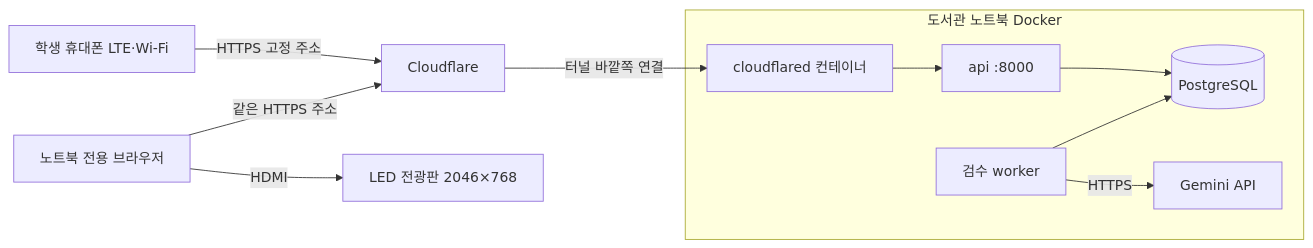
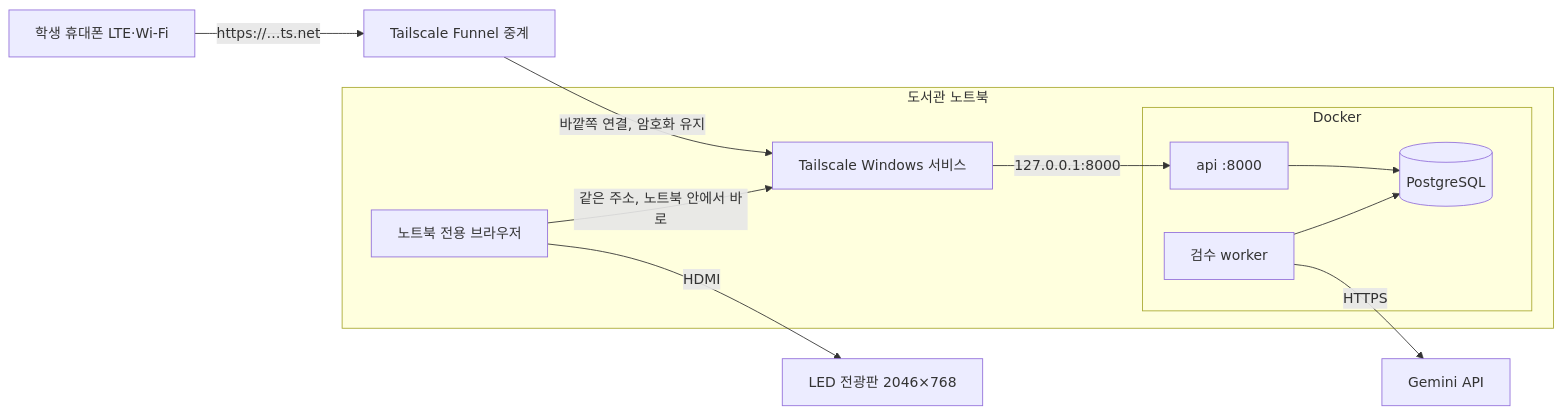
The diagram in docs/library-laptop-operation.md (eouleoul827/moodwall), drawn with Mermaid before and after one commit. The commit also changed other lines of this file and 7 other files, not shown here.

First line of the commit message:
feat: publish the library laptop through Tailscale Funnel instead of a Cloudflare tunnel

````diff
--- a/docs/library-laptop-operation.md
+++ b/docs/library-laptop-operation.md
@@ -41,13 +44,15 @@
 ```mermaid
 flowchart LR
-  Phone[학생 휴대폰 LTE·Wi-Fi] -->|HTTPS 고정 주소| CF[Cloudflare]
-  CF -->|터널 바깥쪽 연결| Tunnel[cloudflared 컨테이너]
-  subgraph Laptop[도서관 노트북 Docker]
-    Tunnel --> API[api :8000]
-    API --> DB[(PostgreSQL)]
-    Worker[검수 worker] --> DB
-    Worker -->|HTTPS| Gemini[Gemini API]
+  Phone[학생 휴대폰 LTE·Wi-Fi] -->|https://…ts.net| Relay[Tailscale Funnel 중계]
+  Relay -->|바깥쪽 연결, 암호화 유지| TS[Tailscale Windows 서비스]
+  subgraph Laptop[도서관 노트북]
+    TS -->|127.0.0.1:8000| API
+    subgraph Docker
+      API[api :8000] --> DB[(PostgreSQL)]
+      Worker[검수 worker] --> DB
+    end
+    Browser[노트북 전용 브라우저] -->|같은 주소, 노트북 안에서 바로| TS
   end
-  Browser[노트북 전용 브라우저] -->|같은 HTTPS 주소| CF
+  Worker -->|HTTPS| Gemini[Gemini API]
   Browser -->|HDMI| LED[LED 전광판 2046×768]
 ```
````
